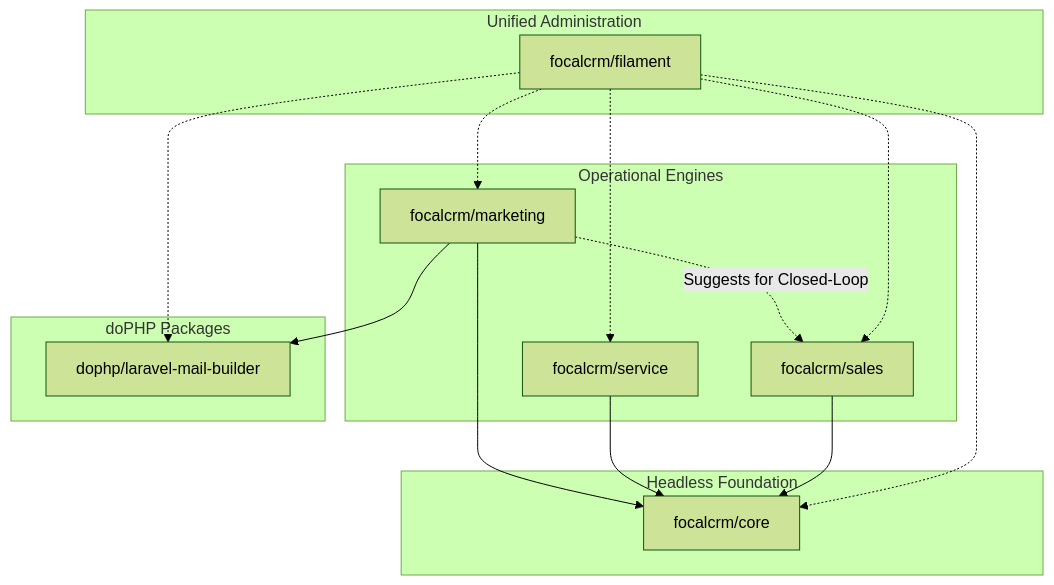
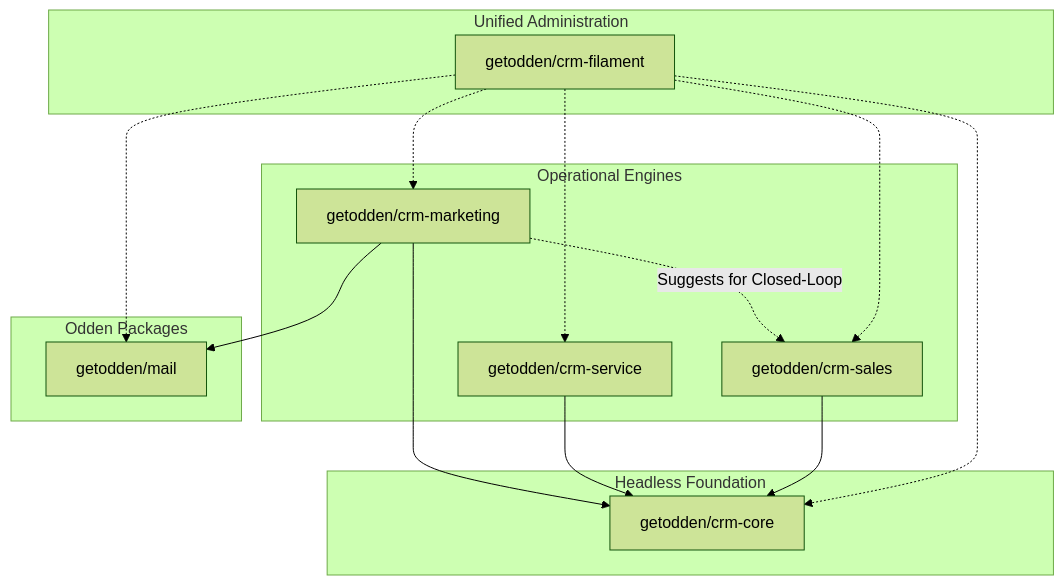
One commit to FocalCRM/focal changed the diagram in README.md. Above: the diagram before and after it, drawn with Mermaid (forest theme). The commit also changed other lines of this file and 821 other files, not shown here.

First line of the commit message:
Rename Focal to Odden CRM

````diff
--- a/README.md
+++ b/README.md
@@ -15,32 +15,32 @@
 ```mermaid
 graph TD
     subgraph UI ["Unified Administration"]
-        F[focalcrm/filament]
+        F[getodden/crm-filament]
     end
 
     subgraph Engines ["Operational Engines"]
-        S[focalcrm/sales]
-        SV[focalcrm/service]
-        M[focalcrm/marketing]
+        S[getodden/crm-sales]
+        SV[getodden/crm-service]
+        M[getodden/crm-marketing]
     end
 
-    subgraph External ["doPHP Packages"]
-        MB[dophp/laravel-mail-builder]
+    subgraph External ["Odden Packages"]
+        MB[getodden/mail]
     end
 
     subgraph CoreEngine ["Headless Foundation"]
-        C[focalcrm/core]
+        C[getodden/crm-core]
     end
 
     F -.-> C
     F -.-> S
     F -.-> SV
     F -.-> M
     F -.-> MB
 
     S --> C
     SV --> C
     M --> C
     M --> MB
     M -.->|Suggests for Closed-Loop| S
 ```
````
